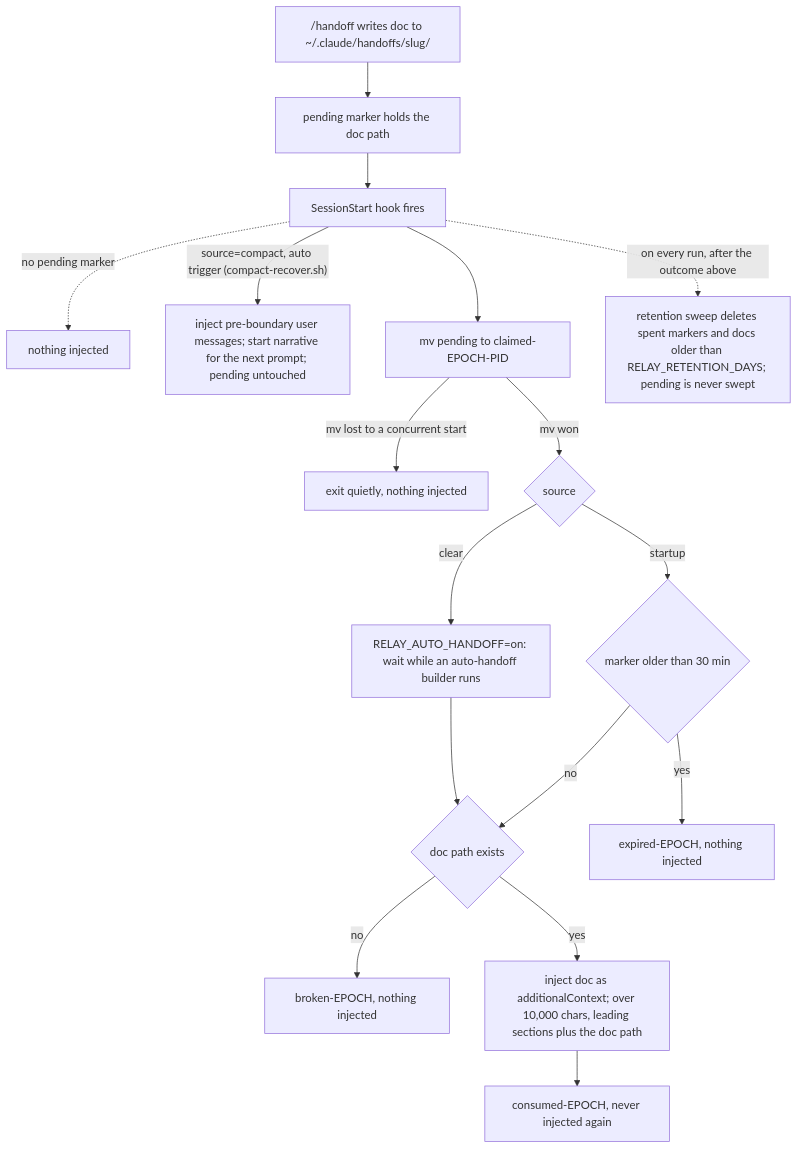
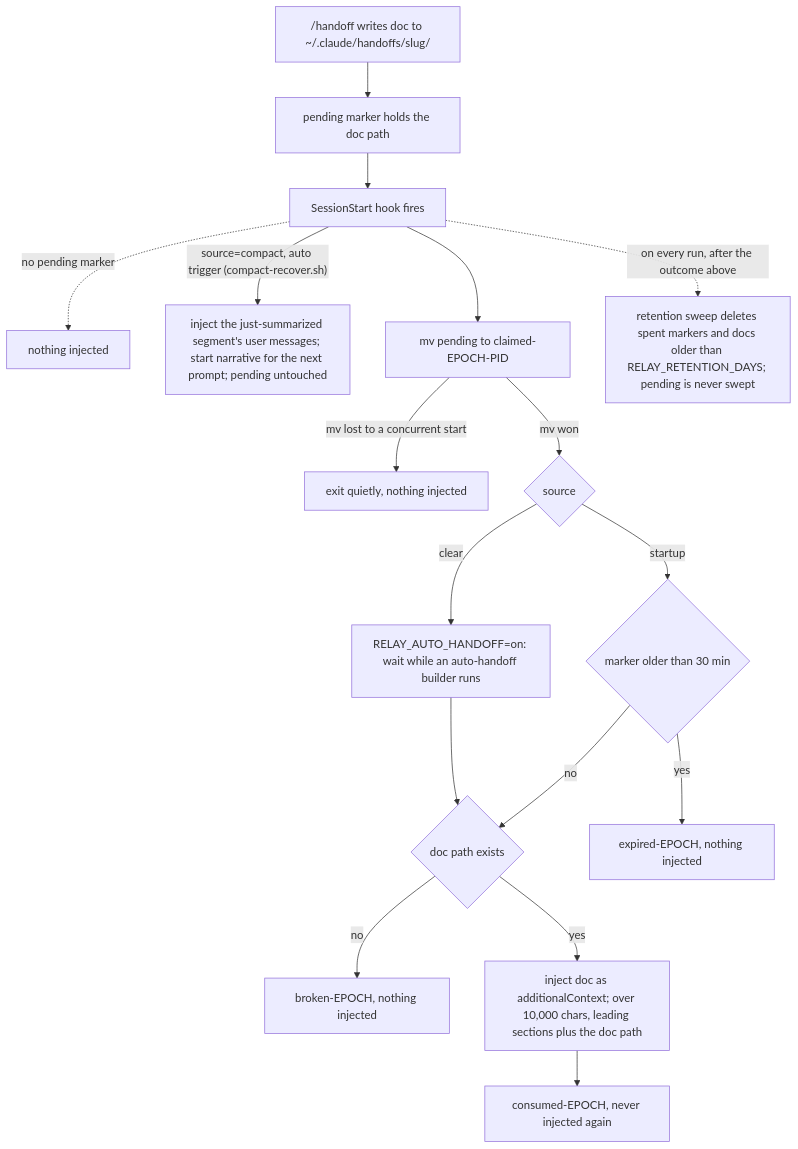
Before and after one commit to starfysh-tech/nautilai: the diagram in relay/README.md, drawn with Mermaid. The commit also changed other lines of this file and 13 other files, not shown here.

````diff
--- a/relay/README.md
+++ b/relay/README.md
@@ -81,19 +84,19 @@
 ```mermaid
 flowchart TD
     A["/handoff writes doc to ~/.claude/handoffs/slug/"] --> B["pending marker holds the doc path"]
     B --> C["SessionStart hook fires"]
     C -.->|"no pending marker"| M["nothing injected"]
-    C -->|"source=compact, auto trigger (compact-recover.sh)"| P["inject pre-boundary user messages; start narrative for the next prompt; pending untouched"]
+    C -->|"source=compact, auto trigger (compact-recover.sh)"| P["inject the just-summarized segment's user messages; start narrative for the next prompt; pending untouched"]
     C --> D["mv pending to claimed-EPOCH-PID"]
     D -->|"mv lost to a concurrent start"| E["exit quietly, nothing injected"]
     D -->|"mv won"| F{"source"}
     F -->|"clear"| W["RELAY_AUTO_HANDOFF=on: wait while an auto-handoff builder runs"]
     W --> H{"doc path exists"}
     F -->|"startup"| G{"marker older than 30 min"}
     G -->|"yes"| I["expired-EPOCH, nothing injected"]
     G -->|"no"| H
     H -->|"no"| J["broken-EPOCH, nothing injected"]
     H -->|"yes"| K["inject doc as additionalContext; over 10,000 chars, leading sections plus the doc path"]
     K --> L["consumed-EPOCH, never injected again"]
     C -.->|"on every run, after the outcome above"| N["retention sweep deletes spent markers and docs older than RELAY_RETENTION_DAYS; pending is never swept"]
 ```
````
